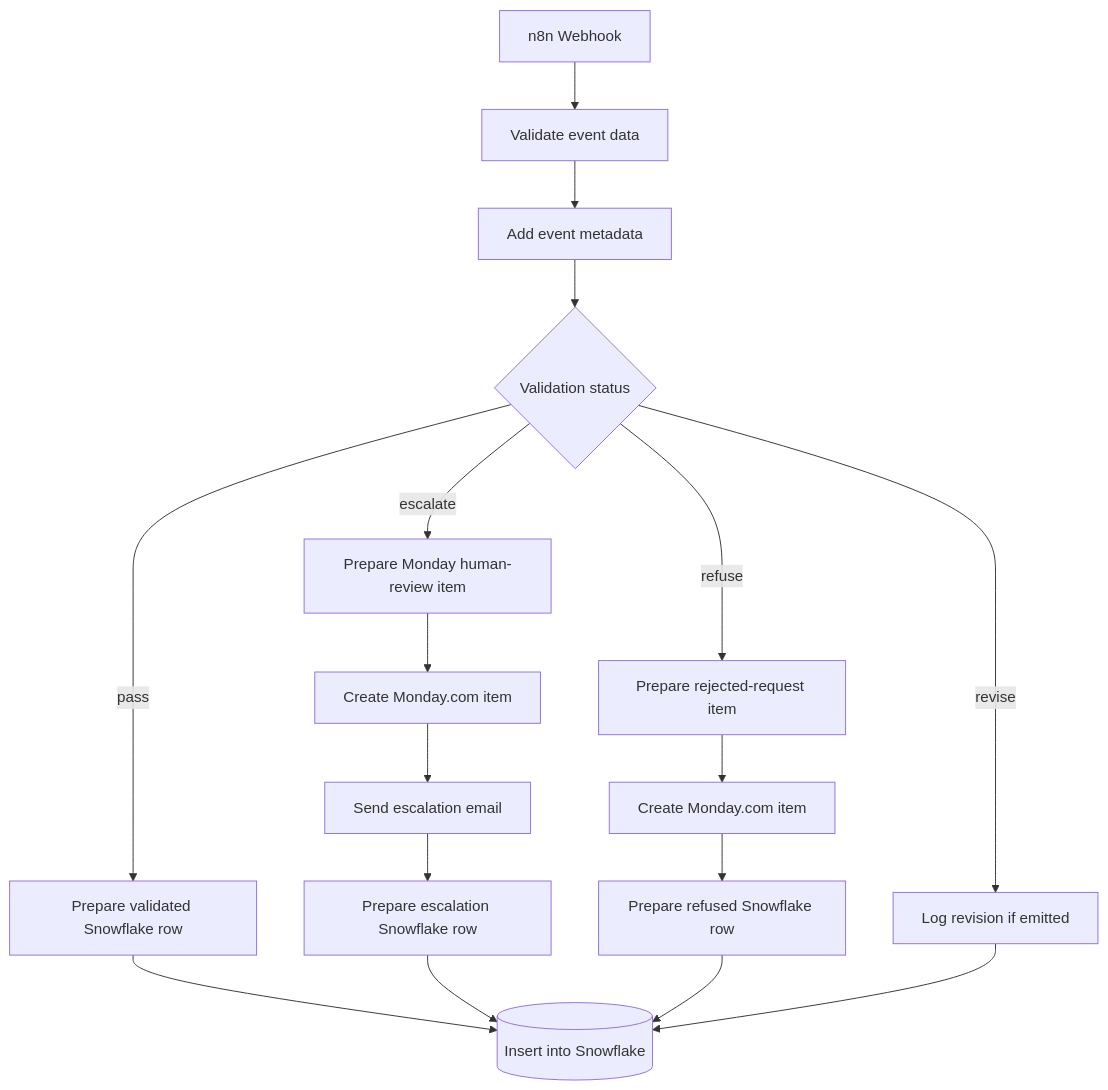
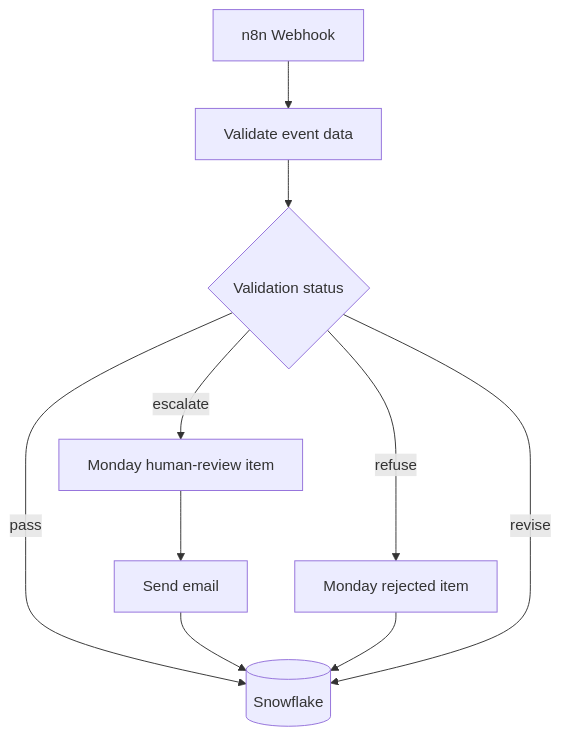
One commit to Maverick474/SupportFlow-AI changed the fourth of 4 diagrams in README.md. Above: the diagram before and after it, drawn with Mermaid. The commit also changed other lines of this file, not shown here.

Commit message:
updated the diagram of readme md file

````diff
--- a/README.md
+++ b/README.md
@@ -239,23 +210,12 @@
 ```mermaid
 flowchart TD
     Webhook[n8n Webhook] --> Validate[Validate event data]
-    Validate --> Metadata[Add event metadata]
-    Metadata --> Switch{Validation status}
-
-    Switch -->|pass| ValidatedRow[Prepare validated Snowflake row]
-    ValidatedRow --> Snowflake[(Insert into Snowflake)]
-
-    Switch -->|escalate| MondayReview[Prepare Monday human-review item]
-    MondayReview --> CreateReview[Create Monday.com item]
-    CreateReview --> Notify[Send escalation email]
-    Notify --> EscalationRow[Prepare escalation Snowflake row]
-    EscalationRow --> Snowflake
-
-    Switch -->|refuse| MondayRejected[Prepare rejected-request item]
-    MondayRejected --> CreateRejected[Create Monday.com item]
-    CreateRejected --> RefusedRow[Prepare refused Snowflake row]
-    RefusedRow --> Snowflake
-
-    Switch -->|revise| RevisionRow[Log revision if emitted]
-    RevisionRow --> Snowflake
+    Validate --> Switch{Validation status}
+    Switch -->|pass| Snowflake[(Snowflake)]
+    Switch -->|escalate| Review[Monday human-review item]
+    Review --> Email[Send email]
+    Email --> Snowflake
+    Switch -->|refuse| Rejected[Monday rejected item]
+    Rejected --> Snowflake
+    Switch -->|revise| Snowflake
 ```
````
